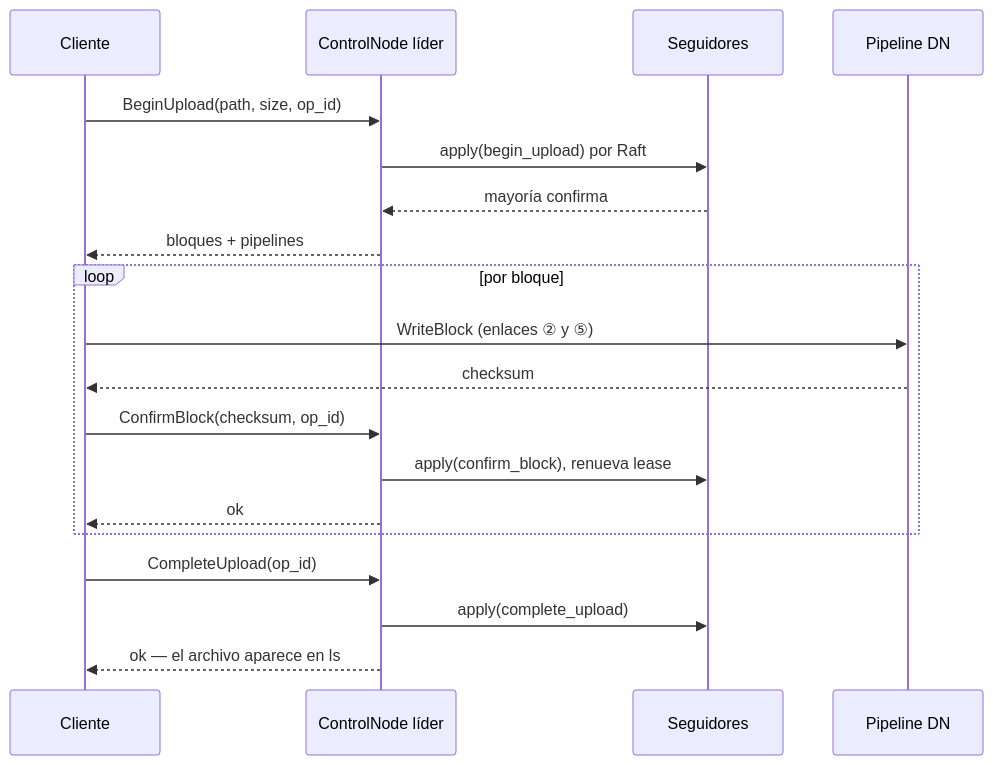
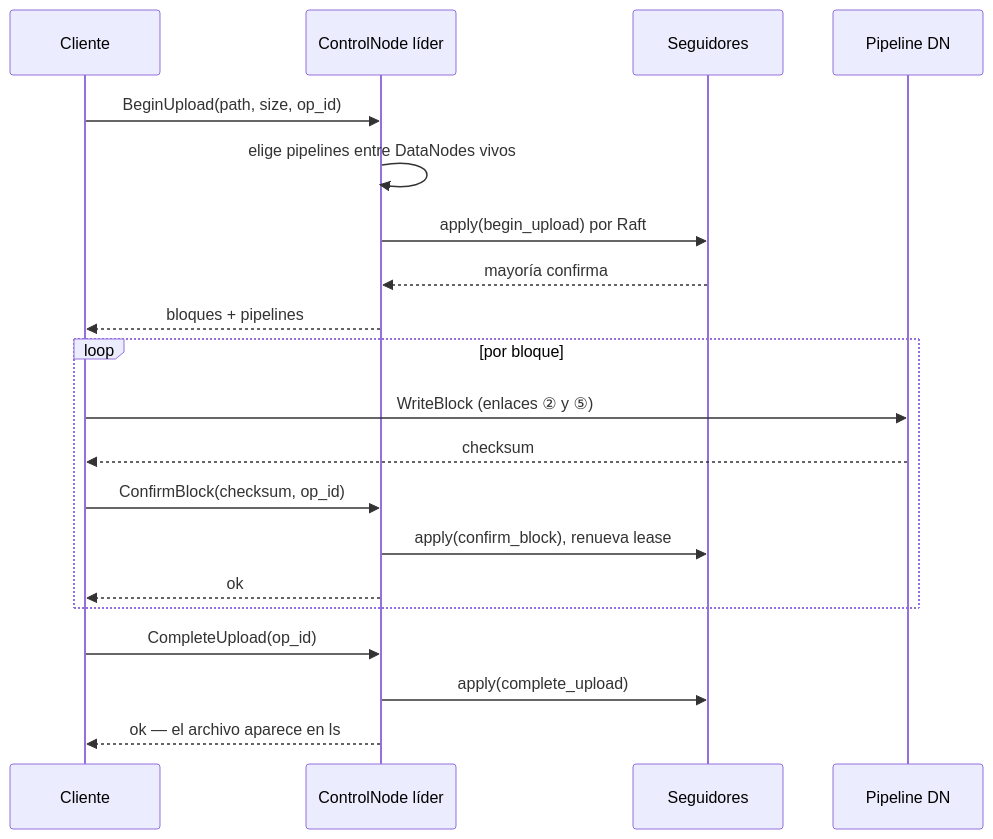
One commit to JeanArdila711/proyecto1-sd changed the fourth of 6 diagrams in docs/especificacion-comunicaciones.md. Above: the diagram before and after it, drawn with Mermaid. The commit also changed other lines of this file and 4 other files, not shown here.

Commit message:
Documentación al cierre del Hito 3: guía, README, estado, especificación y diagrama

````diff
--- a/docs/especificacion-comunicaciones.md
+++ b/docs/especificacion-comunicaciones.md
@@ -223,21 +295,22 @@
 ```mermaid
 sequenceDiagram
     participant C as Cliente
     participant L as ControlNode líder
     participant F as Seguidores
     participant P as Pipeline DN
     C->>L: BeginUpload(path, size, op_id)
+    L->>L: elige pipelines entre DataNodes vivos
     L->>F: apply(begin_upload) por Raft
     F-->>L: mayoría confirma
     L-->>C: bloques + pipelines
     loop por bloque
         C->>P: WriteBlock (enlaces ② y ⑤)
         P-->>C: checksum
         C->>L: ConfirmBlock(checksum, op_id)
         L->>F: apply(confirm_block), renueva lease
         L-->>C: ok
     end
     C->>L: CompleteUpload(op_id)
     L->>F: apply(complete_upload)
     L-->>C: ok — el archivo aparece en ls
 ```
````
